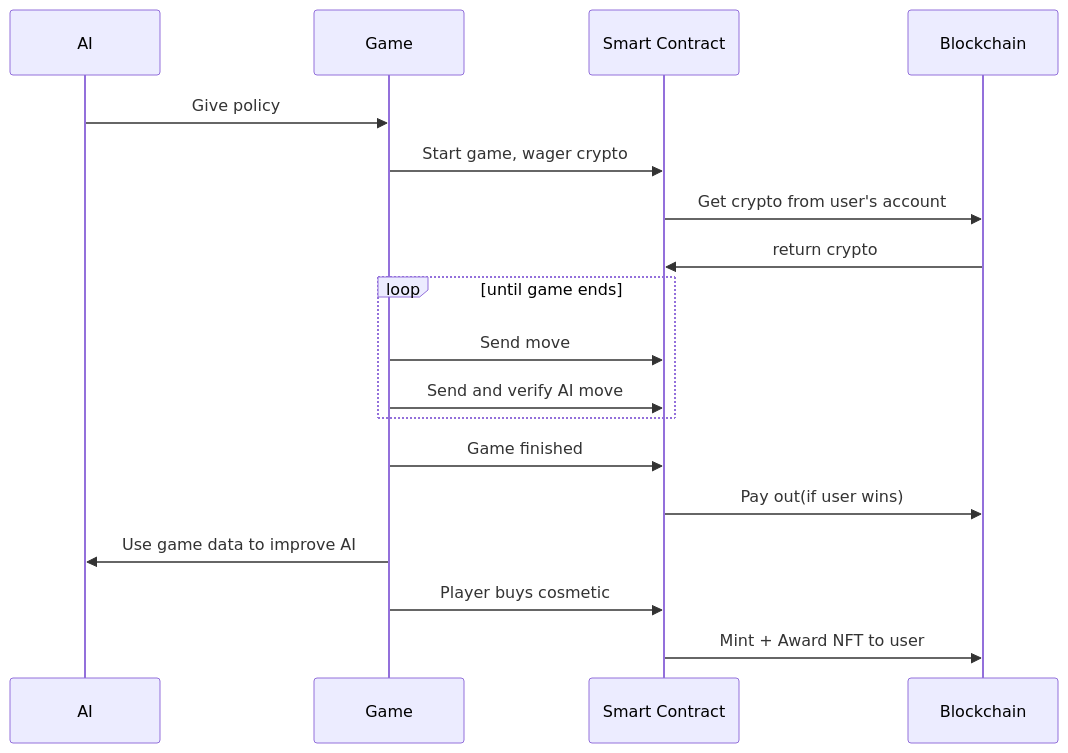
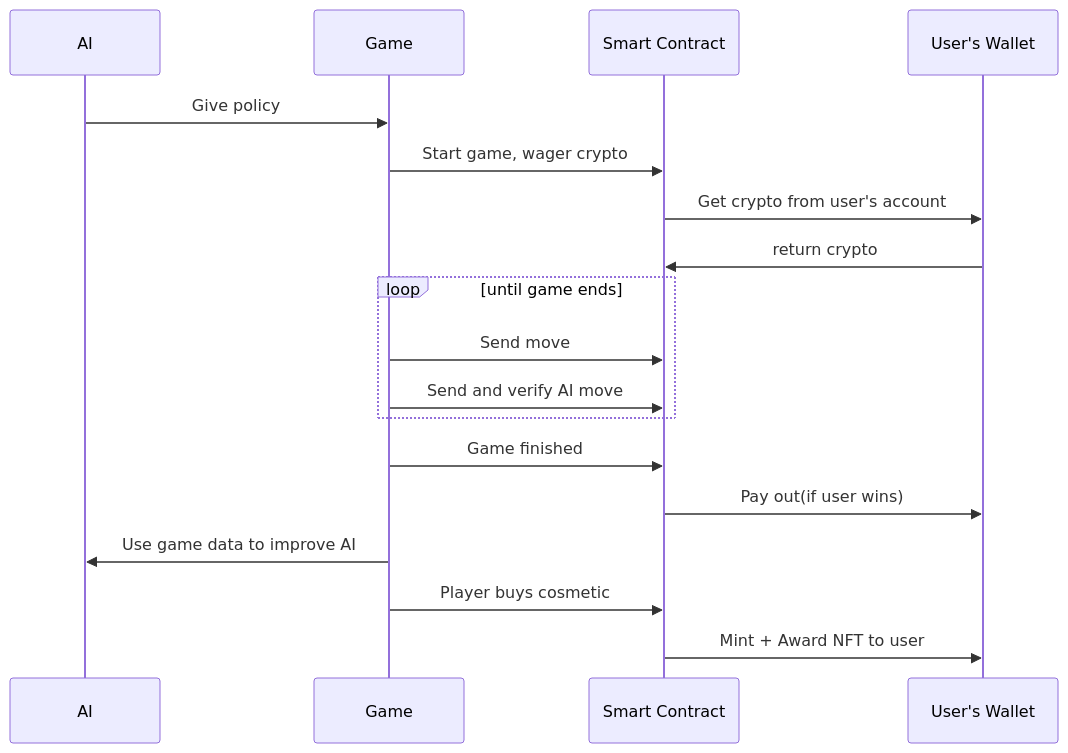
The first of 2 diagrams in README.md (AI-and-Blockchain/F23_CryptoCannon_Showdown), drawn with Mermaid before and after one commit.

Commit message:
fixed sequence diagram

````diff
--- a/README.md
+++ b/README.md
@@ -9,20 +9,20 @@
 ```mermaid
 sequenceDiagram
     Participant AI
     Participant Game
     Participant Smart Contract
-    Participant Blockchain
+    Participant User's Wallet
     AI->>Game: Give policy
     Game->>Smart Contract: Start game, wager crypto
-    Smart Contract->>Blockchain: Get crypto from user's account
-    Blockchain->>Smart Contract: return crypto
+    Smart Contract->>User's Wallet: Get crypto from user's account
+    User's Wallet->>Smart Contract: return crypto
     loop until game ends
         Game->>Smart Contract: Send move
         Game->>Smart Contract: Send and verify AI move
     end
     Game->>Smart Contract: Game finished
-    Smart Contract->>Blockchain: Pay out(if user wins)
+    Smart Contract->>User's Wallet: Pay out(if user wins)
     Game->>AI: Use game data to improve AI
     Game->>Smart Contract: Player buys cosmetic
-    Smart Contract->>Blockchain: Mint + Award NFT to user
+    Smart Contract->>User's Wallet: Mint + Award NFT to user
 ```
````
